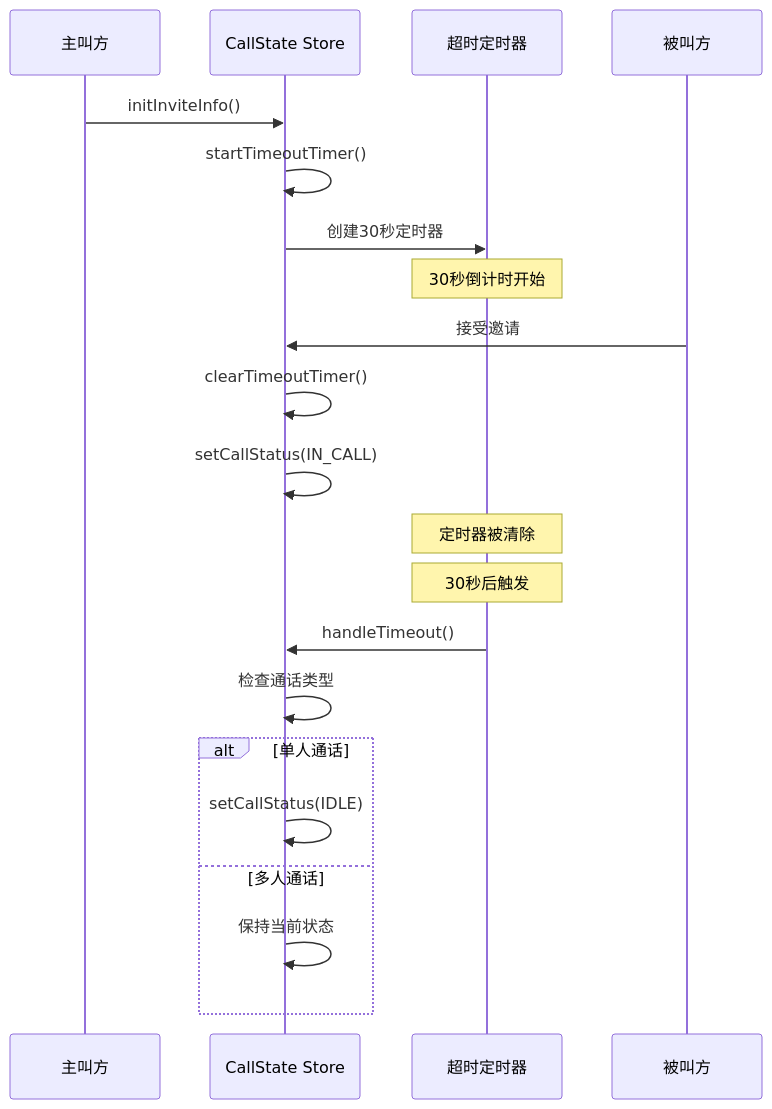
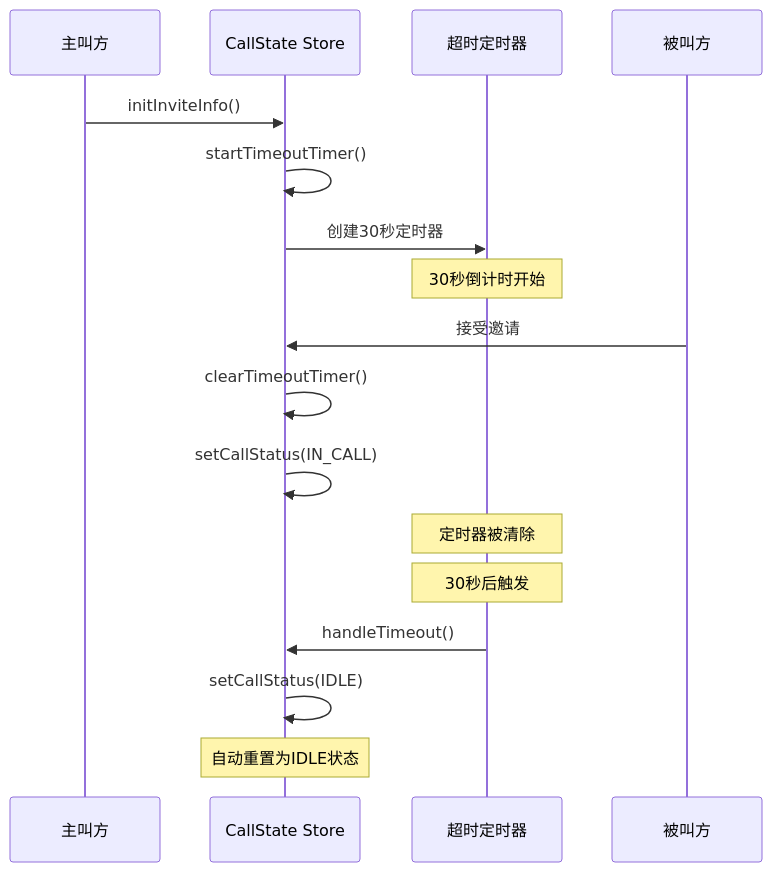
The fourth of 6 diagrams in .qoder/repowiki/zh/content/状态管理/CallState Store.md (Easemob-Community/easemob-uikit-callkit-vue3), drawn with Mermaid before and after one commit. The commit also changed other lines of this file and 54 other files, not shown here.

````diff
--- a/.qoder/repowiki/zh/content/状态管理/CallState Store.md
+++ b/.qoder/repowiki/zh/content/状态管理/CallState Store.md
@@ -284,23 +281,19 @@
 ```mermaid
 sequenceDiagram
 participant Caller as 主叫方
 participant Store as CallState Store
 participant Timer as 超时定时器
 participant Callee as 被叫方
 Caller->>Store : initInviteInfo()
 Store->>Store : startTimeoutTimer()
 Store->>Timer : 创建30秒定时器
 Note over Timer : 30秒倒计时开始
 Callee->>Store : 接受邀请
 Store->>Store : clearTimeoutTimer()
 Store->>Store : setCallStatus(IN_CALL)
 Note over Timer : 定时器被清除
 Note over Timer : 30秒后触发
 Timer->>Store : handleTimeout()
-Store->>Store : 检查通话类型
-alt 单人通话
 Store->>Store : setCallStatus(IDLE)
-else 多人通话
-Store->>Store : 保持当前状态
-end
+Note over Store : 自动重置为IDLE状态
 ```
````
